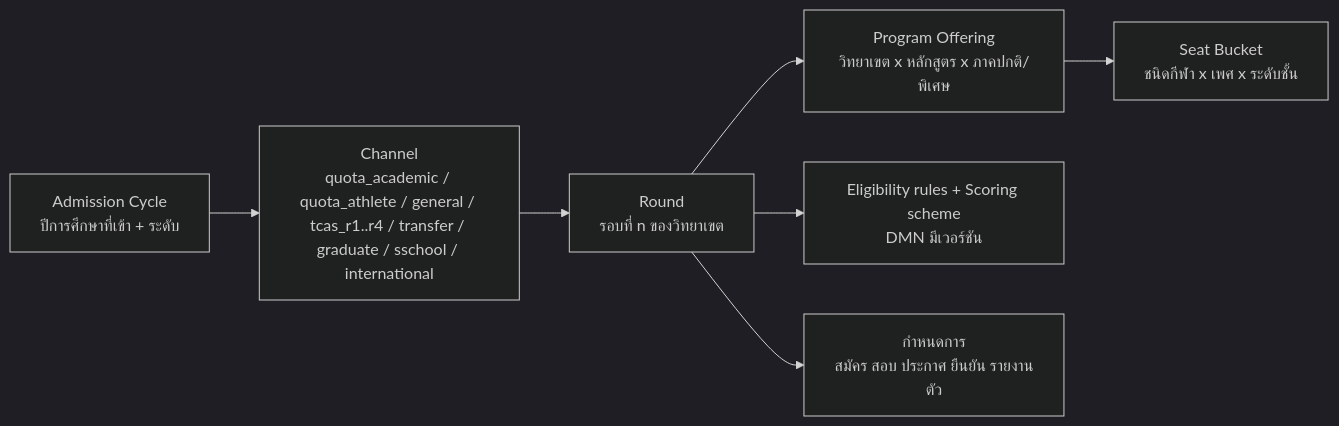
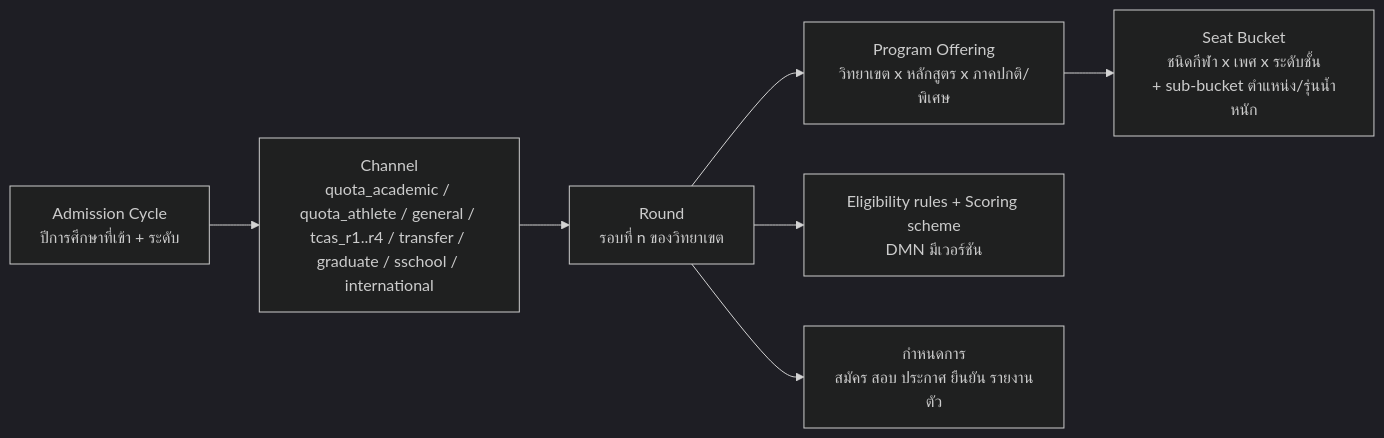
One commit to Ruttanachote/Ai changed the second of 4 diagrams in tnsu-system/docs/02-student-journey.md. Above: the diagram before and after it, drawn with Mermaid (dark theme). The commit also changed other lines of this file and 10 other files, not shown here.

````diff
--- a/tnsu-system/docs/02-student-journey.md
+++ b/tnsu-system/docs/02-student-journey.md
@@ -140,9 +140,9 @@
 ```mermaid
 flowchart LR
   CY["Admission Cycle<br/>ปีการศึกษาที่เข้า + ระดับ"] --> CHN["Channel<br/>quota_academic / quota_athlete / general / tcas_r1..r4 / transfer / graduate / sschool / international"]
   CHN --> RND["Round<br/>รอบที่ n ของวิทยาเขต"]
   RND --> OFF["Program Offering<br/>วิทยาเขต x หลักสูตร x ภาคปกติ/พิเศษ"]
-  OFF --> SB["Seat Bucket<br/>ชนิดกีฬา x เพศ x ระดับชั้น"]
+  OFF --> SB["Seat Bucket<br/>ชนิดกีฬา x เพศ x ระดับชั้น<br/>+ sub-bucket ตำแหน่ง/รุ่นน้ำหนัก"]
   RND --> RULE["Eligibility rules + Scoring scheme<br/>DMN มีเวอร์ชัน"]
   RND --> SCH["กำหนดการ<br/>สมัคร สอบ ประกาศ ยืนยัน รายงานตัว"]
 ```
````
